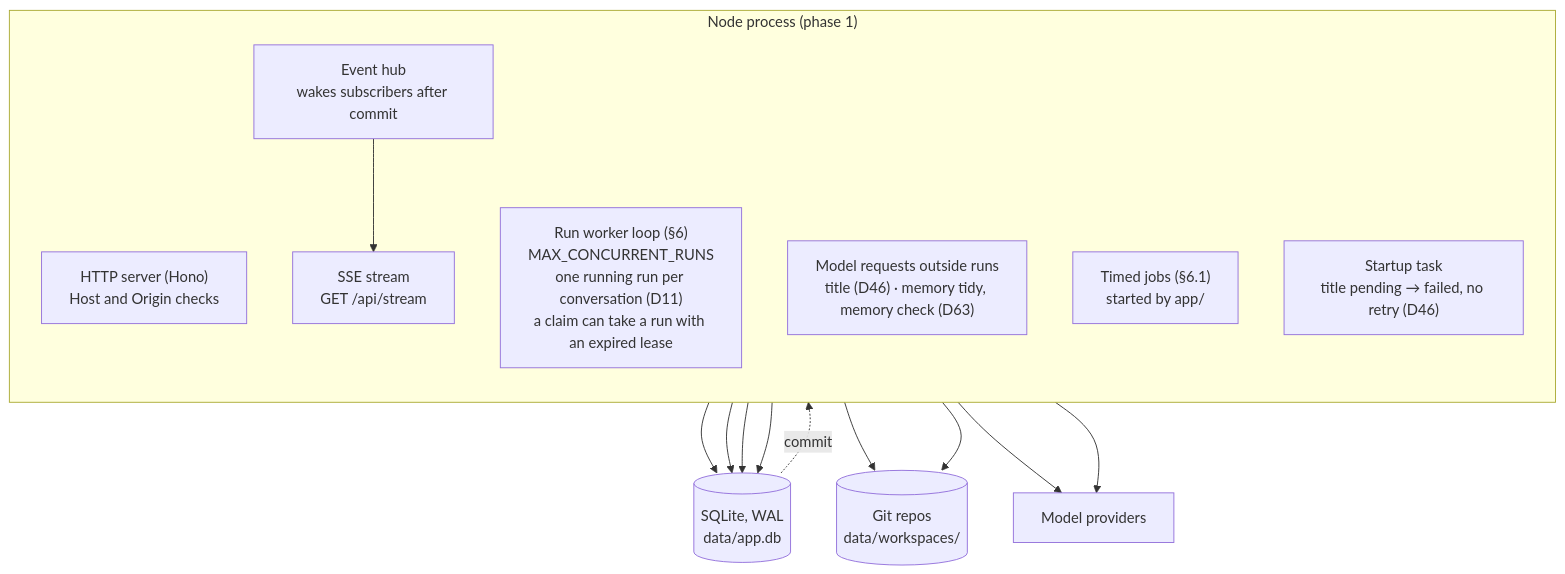
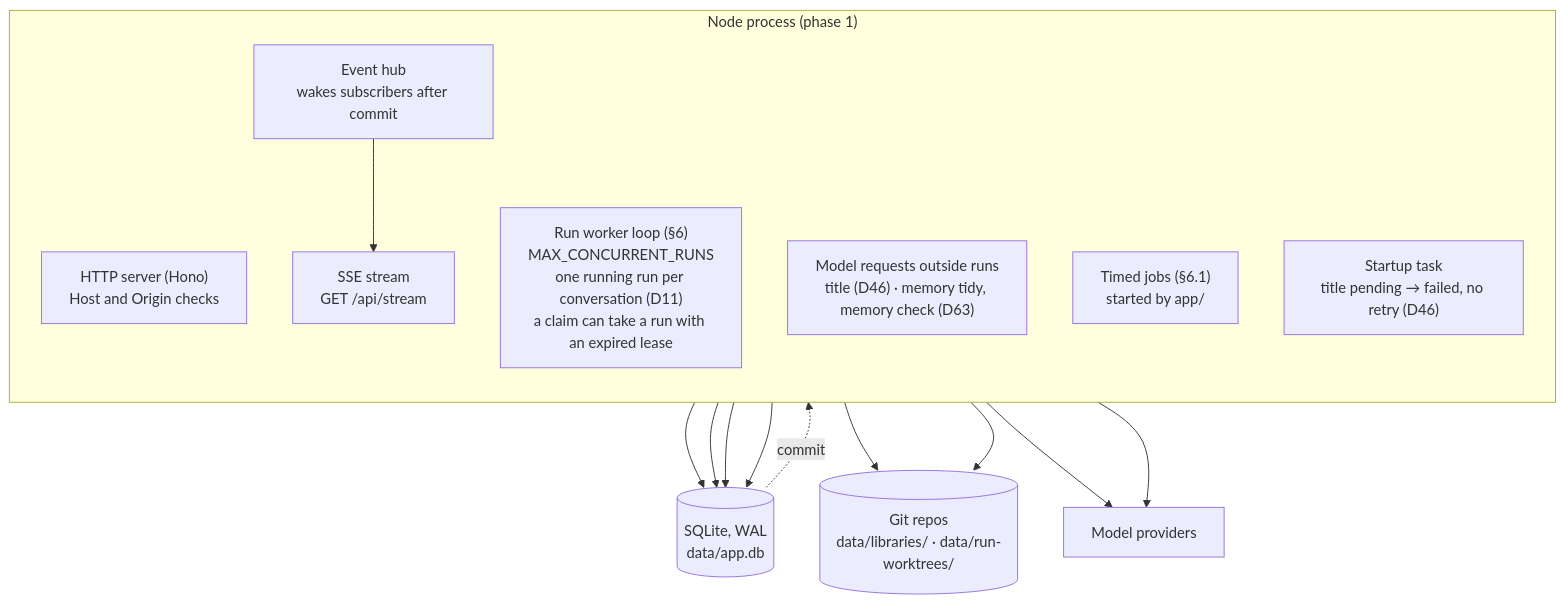
Before and after one commit to binhle312/cty1ng: the second of 4 diagrams in docs/architecture.md, drawn with Mermaid. The commit also changed other lines of this file and 3 other files, not shown here.

````diff
--- a/docs/architecture.md
+++ b/docs/architecture.md
@@ -38,25 +38,25 @@
 ```mermaid
 flowchart TB
   subgraph proc["Node process (phase 1)"]
     direction TB
     http["HTTP server (Hono)<br/>Host and Origin checks"]
     sse["SSE stream<br/>GET /api/stream"]
     hub["Event hub<br/>wakes subscribers after commit"]
     worker["Run worker loop (§6)<br/>MAX_CONCURRENT_RUNS<br/>one running run per conversation (D11)<br/>a claim can take a run with an expired lease"]
     direct["Model requests outside runs<br/>title (D46) · memory tidy, memory check (D63)"]
     jobs["Timed jobs (§6.1)<br/>started by app/"]
     boot["Startup task<br/>title pending → failed, no retry (D46)"]
   end
   db[("SQLite, WAL<br/>data/app.db")]
-  ws[("Git repos<br/>data/workspaces/")]
+  ws[("Git repos<br/>data/libraries/ · data/run-worktrees/")]
   prov["Model providers"]
   http --> db
   worker --> db
   worker --> ws
   worker --> prov
   direct --> prov
   jobs --> db
   jobs --> ws
   boot --> db
   db -. "commit" .-> hub --> sse
 ```
````
